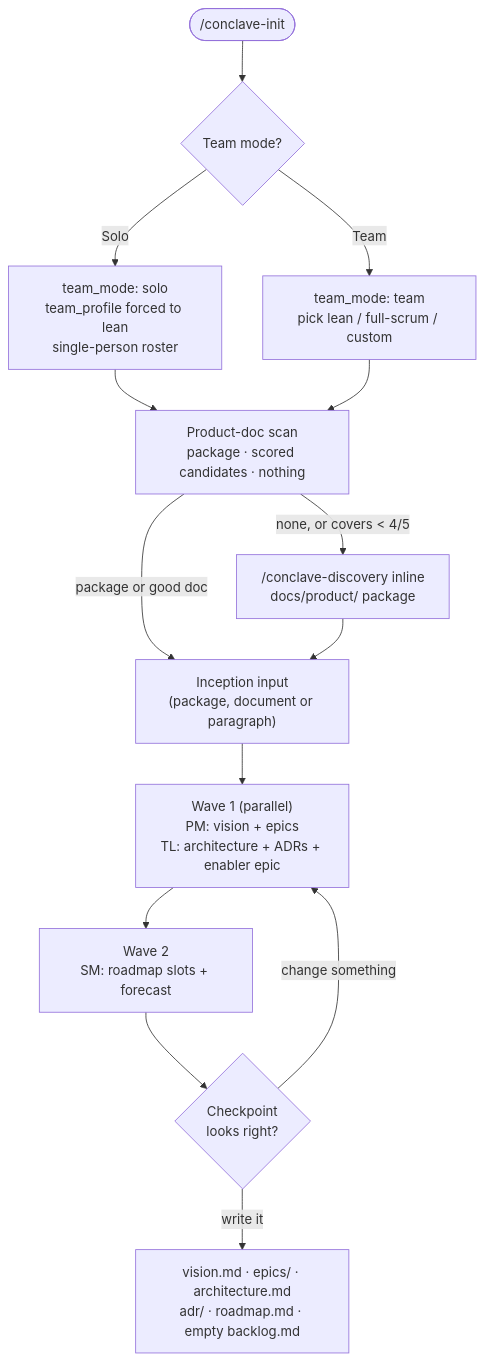
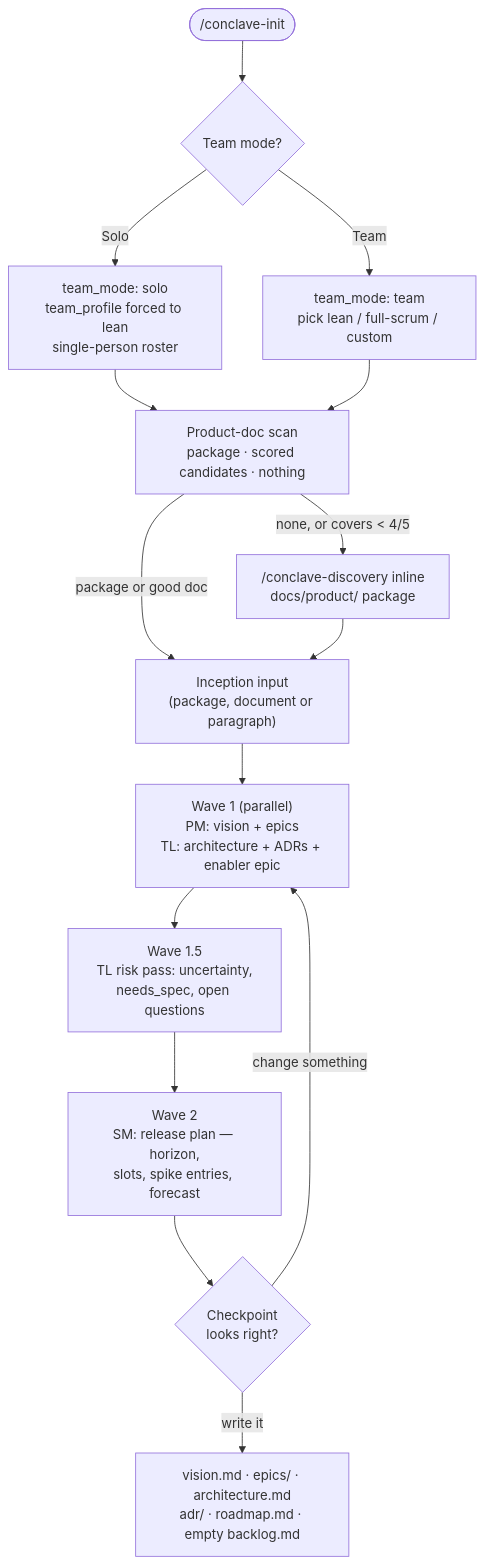
The second of 6 diagrams in site/content/en/workflow.mdx (giolabs/conclave), drawn with Mermaid before and after one commit. The commit also changed other lines of this file and 41 other files, not shown here.

First line of the commit message:
docs(site): v2.1.0 spikes, SPEC and release horizon pages (EN/ES)

````diff
--- a/site/content/en/workflow.mdx
+++ b/site/content/en/workflow.mdx
@@ -27,19 +31,20 @@
 ```mermaid
 flowchart TD
     Start(["/conclave-init"]) --> Q{"Team mode?"}
 
     Q -->|Solo| SoloBranch["team_mode: solo<br/>team_profile forced to lean<br/>single-person roster"]
     Q -->|Team| TeamBranch["team_mode: team<br/>pick lean / full-scrum / custom"]
 
     SoloBranch --> Scan["Product-doc scan<br/>package · scored candidates · nothing"]
     TeamBranch --> Scan
     Scan -->|none, or covers < 4/5| Disc["/conclave-discovery inline<br/>docs/product/ package"]
     Scan -->|package or good doc| Idea["Inception input<br/>(package, document or paragraph)"]
     Disc --> Idea
 
     Idea --> Wave1["Wave 1 (parallel)<br/>PM: vision + epics<br/>TL: architecture + ADRs + enabler epic"]
-    Wave1 --> Wave2["Wave 2<br/>SM: roadmap slots + forecast"]
+    Wave1 --> Risk["Wave 1.5<br/>TL risk pass: uncertainty,<br/>needs_spec, open questions"]
+    Risk --> Wave2["Wave 2<br/>SM: release plan — horizon,<br/>slots, spike entries, forecast"]
     Wave2 --> Check{"Checkpoint<br/>looks right?"}
     Check -->|change something| Wave1
     Check -->|write it| Artifacts["vision.md · epics/ · architecture.md<br/>adr/ · roadmap.md · empty backlog.md"]
 ```
````
